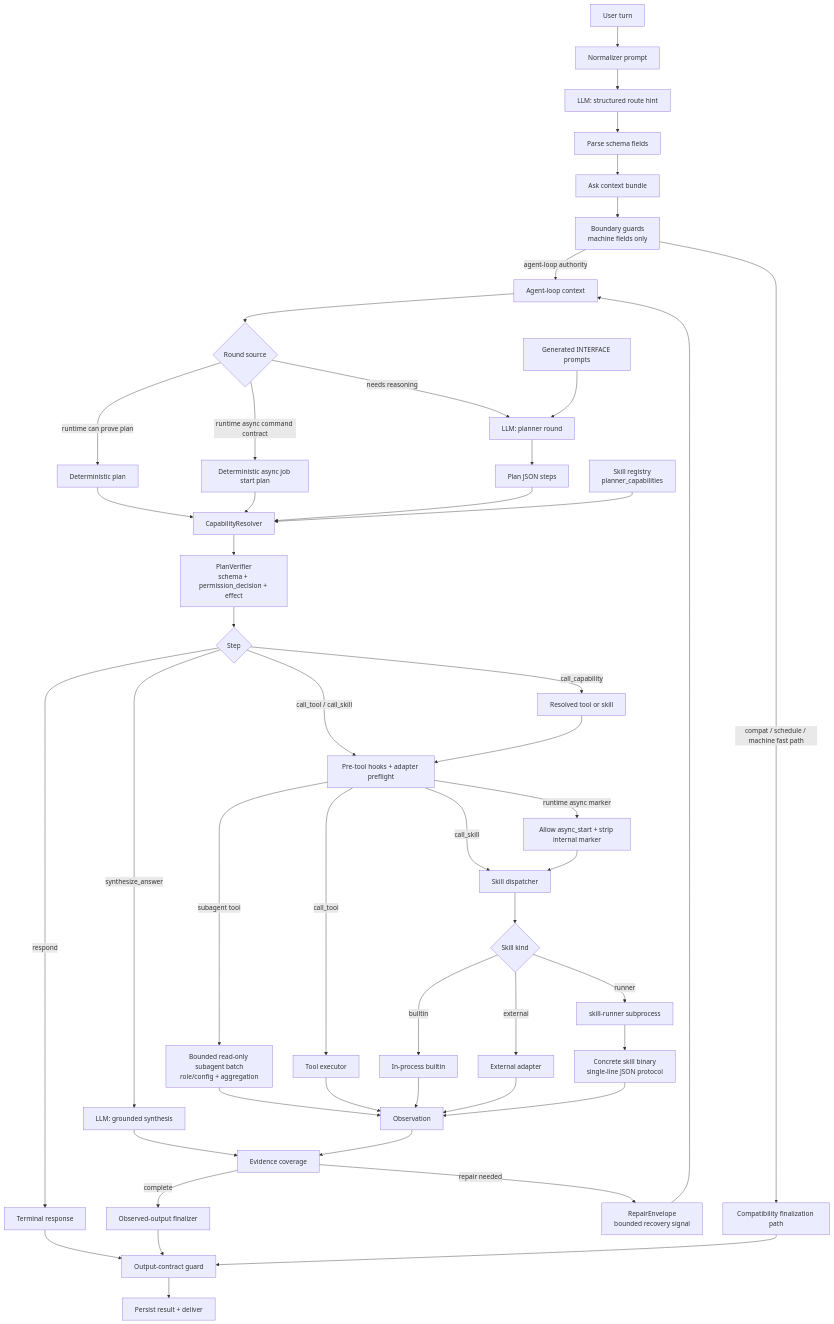
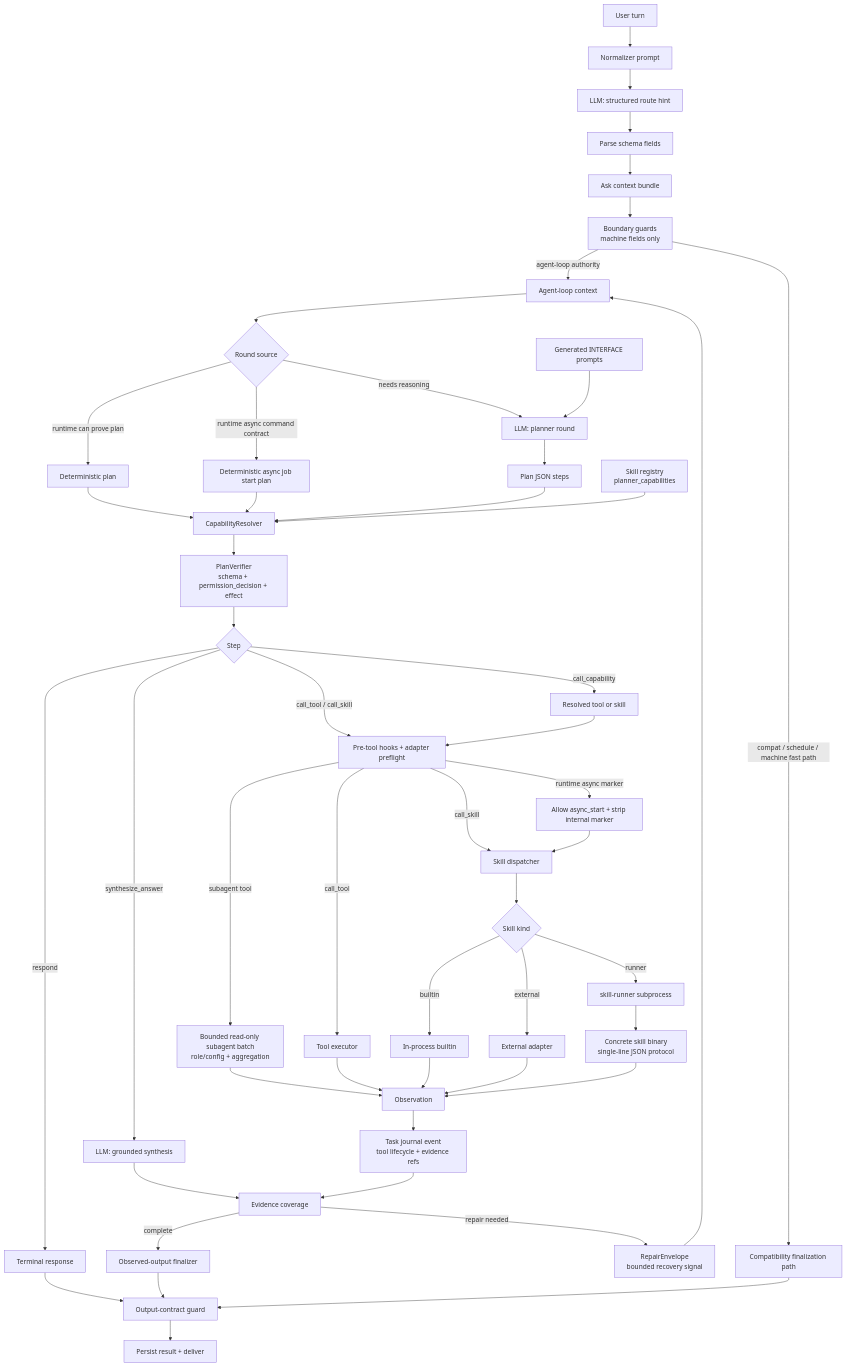
The second of 3 diagrams in README.md (MatrixCoreX/RustClaw), drawn with Mermaid before and after one commit. The commit also changed other lines of this file and 1 other file, not shown here.

Commit message:
Update task event stream documentation

````diff
--- a/README.md
+++ b/README.md
@@ -116,51 +120,52 @@
 ```mermaid
 flowchart TD
     A[User turn] --> B[Normalizer prompt]
     B --> C[LLM: structured route hint]
     C --> D[Parse schema fields]
     D --> E[Ask context bundle]
     E --> F[Boundary guards<br/>machine fields only]
     F -->|agent-loop authority| G[Agent-loop context]
     F -->|compat / schedule / machine fast path| H[Compatibility finalization path]
     G --> I{Round source}
     I -->|runtime can prove plan| J[Deterministic plan]
     I -->|runtime async command contract| JA[Deterministic async job start plan]
     I -->|needs reasoning| K[LLM: planner round]
     K --> L[Plan JSON steps]
     J --> M[CapabilityResolver]
     JA --> M
     L --> M
     N[Skill registry<br/>planner_capabilities] --> M
     O[Generated INTERFACE prompts] --> K
     M --> P[PlanVerifier<br/>schema + permission_decision + effect]
     P --> Q{Step}
     Q -->|call_capability| R[Resolved tool or skill]
     Q -->|call_tool / call_skill| QA[Pre-tool hooks + adapter preflight]
     R --> QA
     QA -->|runtime async marker| AR[Allow async_start + strip internal marker]
     QA -->|subagent tool| SS[Bounded read-only subagent batch<br/>role/config + aggregation]
     QA -->|call_tool| S[Tool executor]
     QA -->|call_skill| T[Skill dispatcher]
     AR --> T
     T --> U{Skill kind}
     U -->|builtin| V[In-process builtin]
     U -->|external| W[External adapter]
     U -->|runner| X[skill-runner subprocess]
     X --> Y[Concrete skill binary<br/>single-line JSON protocol]
     SS --> Z
     S --> Z[Observation]
     V --> Z
     W --> Z
     Y --> Z
+    Z --> ZEV[Task journal event<br/>tool lifecycle + evidence refs]
     Q -->|synthesize_answer| ZA[LLM: grounded synthesis]
     Q -->|respond| ZB[Terminal response]
     ZA --> ZC[Evidence coverage]
-    Z --> ZC
+    ZEV --> ZC
     ZC -->|repair needed| ZR[RepairEnvelope<br/>bounded recovery signal]
     ZR --> G
     ZC -->|complete| ZD[Observed-output finalizer]
     ZB --> ZE[Output-contract guard]
     ZD --> ZE
     H --> ZE
     ZE --> ZF[Persist result + deliver]
 ```
````
